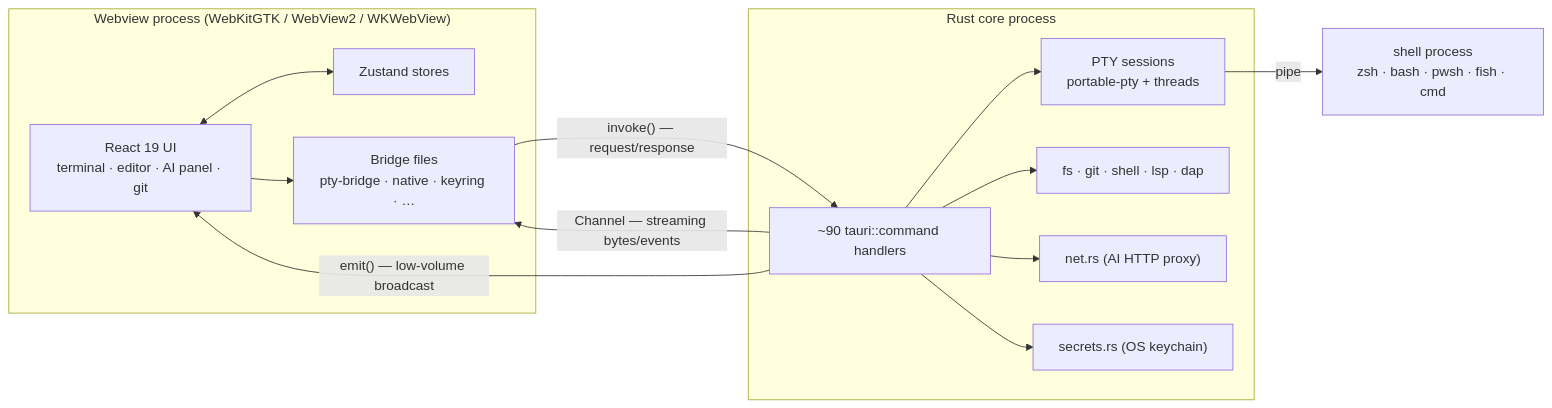
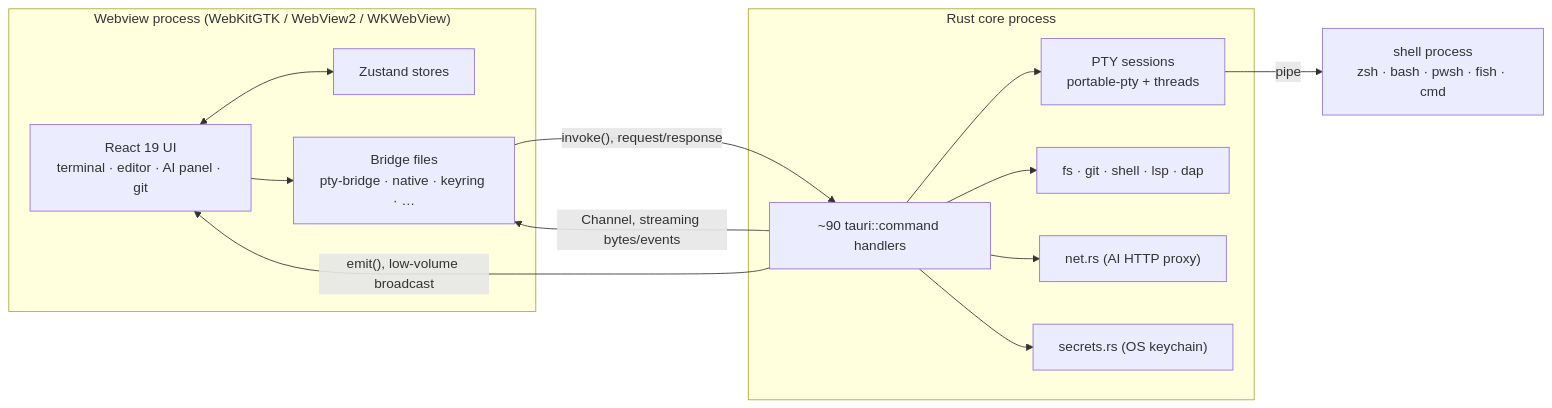
One commit to rwetz/Nexis changed the first of 2 diagrams in docs/architecture/two-process-model.md. Above: the diagram before and after it, drawn with Mermaid. The commit also changed other lines of this file and 182 other files, not shown here.

````diff
--- a/docs/architecture/two-process-model.md
+++ b/docs/architecture/two-process-model.md
@@ -9,25 +9,25 @@
 ```mermaid
 flowchart LR
   subgraph webview["Webview process (WebKitGTK / WebView2 / WKWebView)"]
     UI["React 19 UI<br/>terminal · editor · AI panel · git"]
     ST["Zustand stores"]
     BR["Bridge files<br/>pty-bridge · native · keyring · …"]
     UI <--> ST
     UI --> BR
   end
 
   subgraph core["Rust core process"]
     CMD["~90 tauri::command handlers"]
     PTY["PTY sessions<br/>portable-pty + threads"]
     FS["fs · git · shell · lsp · dap"]
     NET["net.rs (AI HTTP proxy)"]
     SEC["secrets.rs (OS keychain)"]
     CMD --> PTY & FS & NET & SEC
   end
 
-  BR -- "invoke() — request/response" --> CMD
-  CMD -- "Channel — streaming bytes/events" --> BR
-  CMD -- "emit() — low-volume broadcast" --> UI
+  BR -- "invoke(), request/response" --> CMD
+  CMD -- "Channel, streaming bytes/events" --> BR
+  CMD -- "emit(), low-volume broadcast" --> UI
 
   PTY -- "pipe" --> SHELL["shell process<br/>zsh · bash · pwsh · fish · cmd"]
 ```
````
